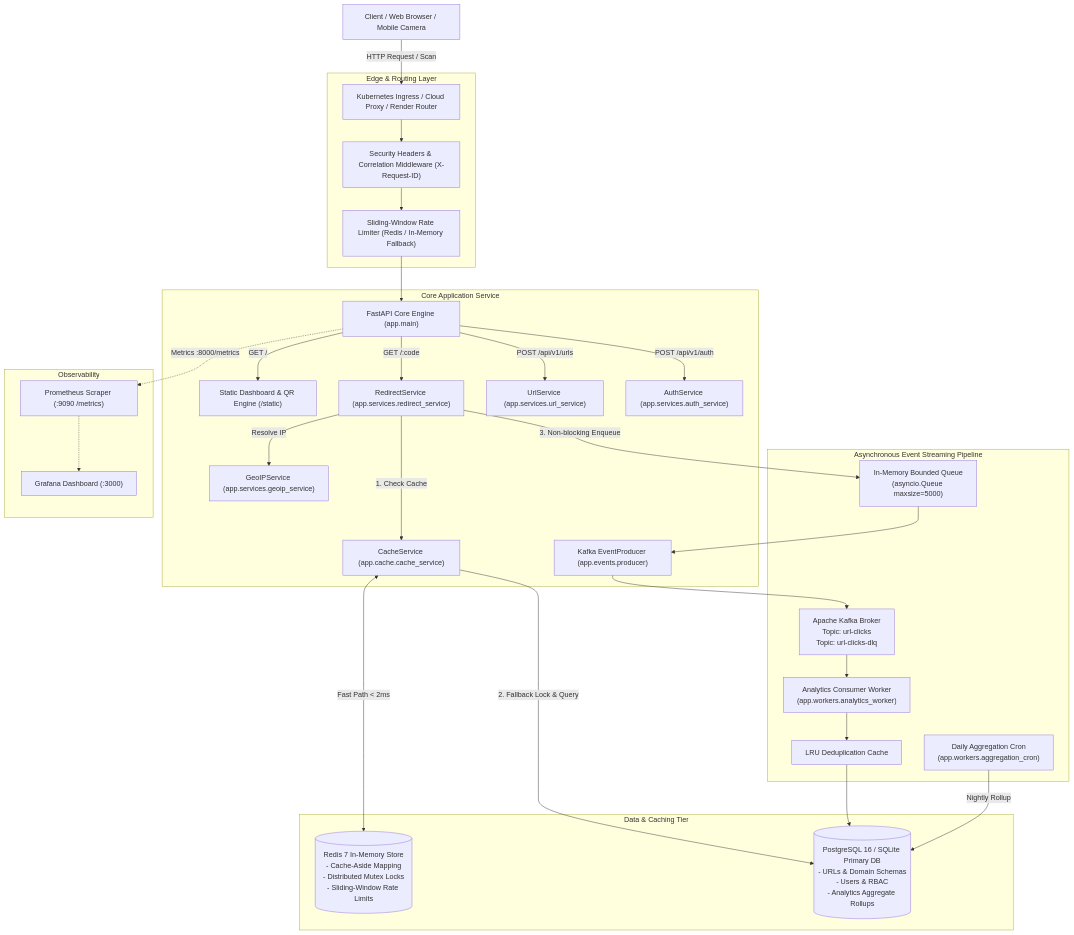
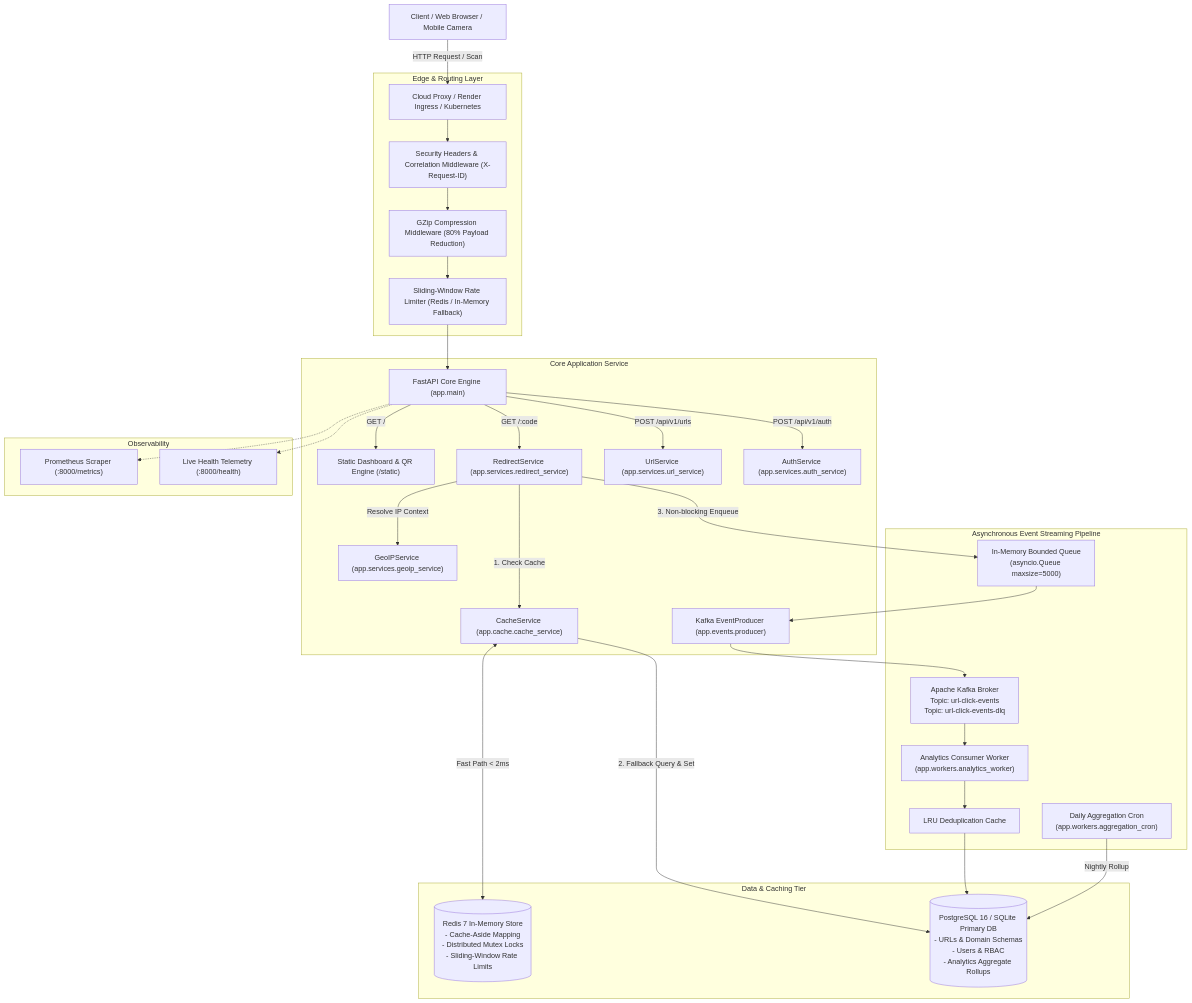
One commit to Anish2804/Url-Shortner changed the diagram in README.md. Above: the diagram before and after it, drawn with Mermaid. The commit also changed other lines of this file, not shown here.

Commit message:
docs: elevate README to god-level with live badges, architecture, and feature showcase

````diff
--- a/README.md
+++ b/README.md
@@ -39,62 +87,63 @@
 ```mermaid
 flowchart TD
     Client["Client / Web Browser / Mobile Camera"]
     
     subgraph Edge & Routing Layer
-        Ingress["Kubernetes Ingress / Cloud Proxy / Render Router"]
+        Ingress["Cloud Proxy / Render Ingress / Kubernetes"]
         SecMW["Security Headers & Correlation Middleware (X-Request-ID)"]
+        GzipMW["GZip Compression Middleware (80% Payload Reduction)"]
         RateMW["Sliding-Window Rate Limiter (Redis / In-Memory Fallback)"]
     end
     
     subgraph Core Application Service
         FastAPI["FastAPI Core Engine (app.main)"]
         Dashboard["Static Dashboard & QR Engine (/static)"]
         RedirSvc["RedirectService (app.services.redirect_service)"]
         UrlSvc["UrlService (app.services.url_service)"]
         GeoSvc["GeoIPService (app.services.geoip_service)"]
         AuthSvc["AuthService (app.services.auth_service)"]
         CacheSvc["CacheService (app.cache.cache_service)"]
         Producer["Kafka EventProducer (app.events.producer)"]
     end
 
     subgraph Data & Caching Tier
         Redis[("Redis 7 In-Memory Store\n- Cache-Aside Mapping\n- Distributed Mutex Locks\n- Sliding-Window Rate Limits")]
         Postgres[("PostgreSQL 16 / SQLite Primary DB\n- URLs & Domain Schemas\n- Users & RBAC\n- Analytics Aggregate Rollups")]
     end
 
     subgraph Asynchronous Event Streaming Pipeline
         Queue["In-Memory Bounded Queue\n(asyncio.Queue maxsize=5000)"]
-        Kafka["Apache Kafka Broker\nTopic: url-clicks\nTopic: url-clicks-dlq"]
+        Kafka["Apache Kafka Broker\nTopic: url-click-events\nTopic: url-click-events-dlq"]
         Worker["Analytics Consumer Worker\n(app.workers.analytics_worker)"]
         Dedupe["LRU Deduplication Cache"]
         AggCron["Daily Aggregation Cron\n(app.workers.aggregation_cron)"]
     end
 
     subgraph Observability
-        Prom["Prometheus Scraper (:9090 /metrics)"]
-        Graf["Grafana Dashboard (:3000)"]
+        Prom["Prometheus Scraper (:8000/metrics)"]
+        Health["Live Health Telemetry (:8000/health)"]
     end
 
     %% Flow connections
     Client -->|"HTTP Request / Scan"| Ingress
-    Ingress --> SecMW --> RateMW --> FastAPI
+    Ingress --> SecMW --> GzipMW --> RateMW --> FastAPI
     
     FastAPI -->|"GET /"| Dashboard
     FastAPI -->|"GET /:code"| RedirSvc
     FastAPI -->|"POST /api/v1/urls"| UrlSvc
     FastAPI -->|"POST /api/v1/auth"| AuthSvc
 
     RedirSvc -->|"1. Check Cache"| CacheSvc
-    CacheSvc <-->|"Fast Path &lt; 2ms"| Redis
-    CacheSvc -->|"2. Fallback Lock & Query"| Postgres
-    RedirSvc -->|"Resolve IP"| GeoSvc
+    CacheSvc <-->|"Fast Path < 2ms"| Redis
+    CacheSvc -->|"2. Fallback Query & Set"| Postgres
+    RedirSvc -->|"Resolve IP Context"| GeoSvc
     
     RedirSvc -->|"3. Non-blocking Enqueue"| Queue
     Queue --> Producer --> Kafka
     
     Kafka --> Worker --> Dedupe --> Postgres
     AggCron -->|"Nightly Rollup"| Postgres
     
-    FastAPI -.->|"Metrics :8000/metrics"| Prom
-    Prom -.-> Graf
+    FastAPI -.-> Health
+    FastAPI -.-> Prom
 ```
````
